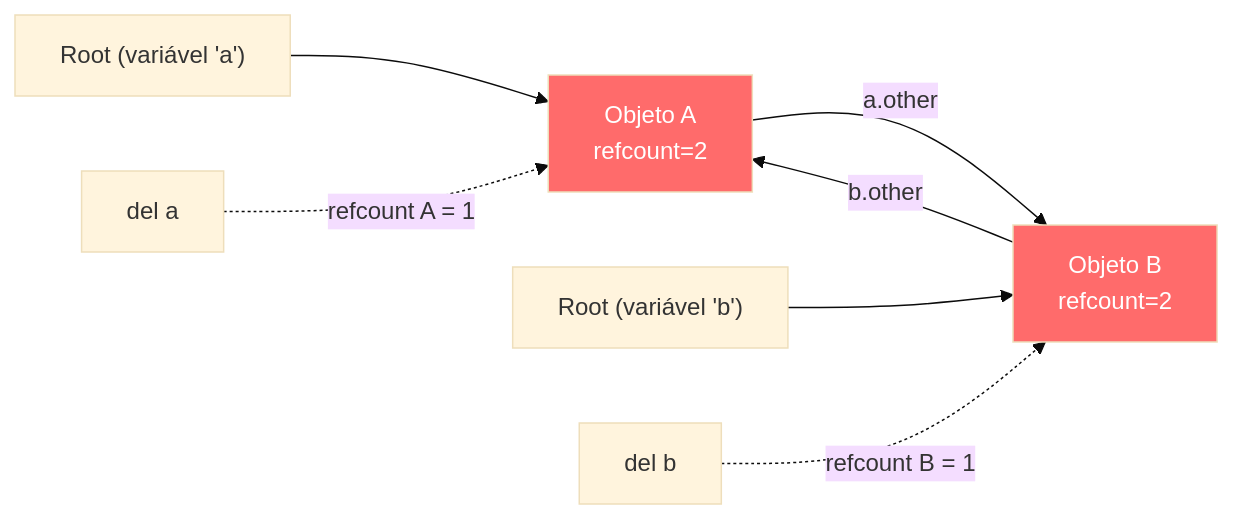
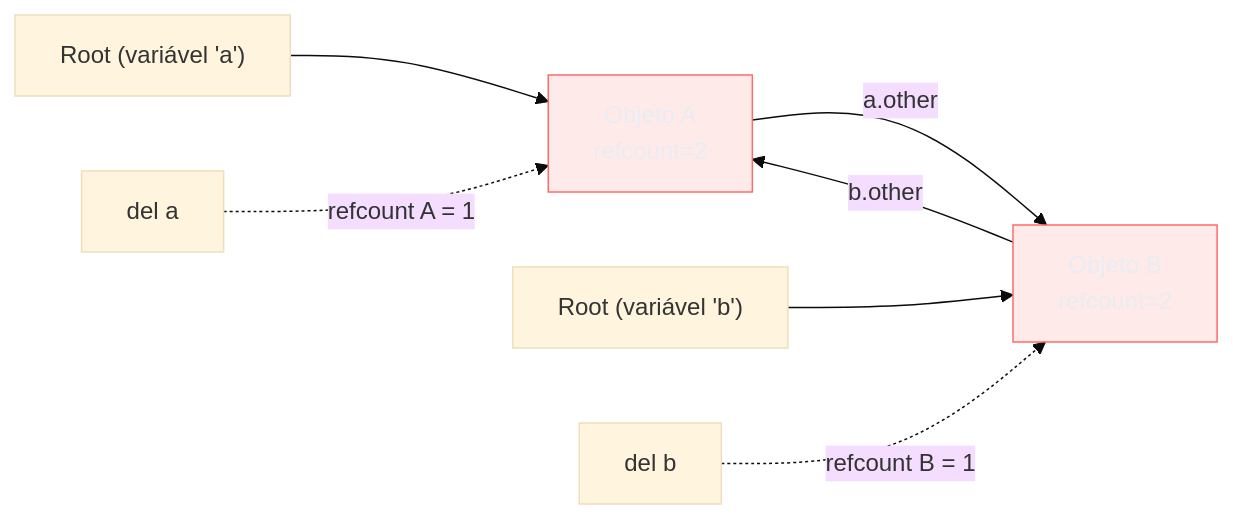
The third of 11 diagrams in 03-Dominios/Ciência/Compiladores e Linguagens/16 - Garbage collection.md (josenaldo/codex-technomanticus), drawn with Mermaid (base theme) before and after one commit. The commit also changed other lines of this file and 1181 other files, not shown here.

First line of the commit message:
fix(diagramas): paleta do sistema no lugar de cor cravada no markdown

````diff
--- a/03-Dominios/Ciência/Compiladores e Linguagens/16 - Garbage collection.md
+++ b/03-Dominios/Ciência/Compiladores e Linguagens/16 - Garbage collection.md
@@ -117,13 +119,14 @@
 ```mermaid
 flowchart LR
+    classDef falha fill:#FF6B6B24,stroke:#FF6B6B,color:#E9ECF2
     ROOT["Root (variável 'a')"] --> ObjA["Objeto A\nrefcount=2"]
     ROOT2["Root (variável 'b')"] --> ObjB["Objeto B\nrefcount=2"]
     ObjA -- "a.other" --> ObjB
     ObjB -- "b.other" --> ObjA
 
     DEL1["del a"] -.->|"refcount A = 1"| ObjA
     DEL2["del b"] -.->|"refcount B = 1"| ObjB
 
-    style ObjA fill:#ff6b6b,color:#fff
-    style ObjB fill:#ff6b6b,color:#fff
+    class ObjA falha
+    class ObjB falha
 ```
````
